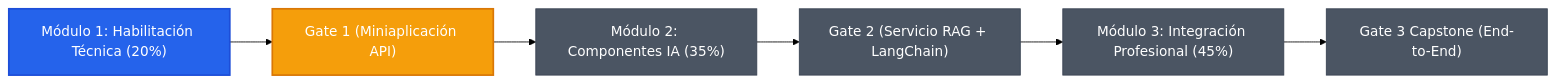
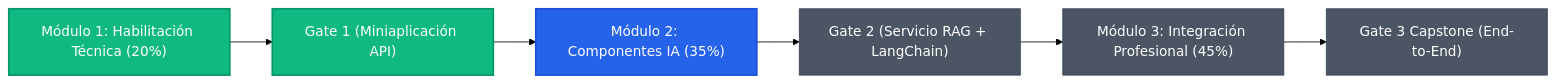
The diagram in BITACORA_DE_AVANCE.md (ayalaphysds/Curso-CCHIA), drawn with Mermaid (forest theme) before and after one commit. The commit also changed other lines of this file and 2 other files, not shown here.

````diff
--- a/BITACORA_DE_AVANCE.md
+++ b/BITACORA_DE_AVANCE.md
@@ -25,15 +25,15 @@
 ```mermaid
 flowchart LR
     A["Módulo 1: Habilitación Técnica (20%)"] --> B["Gate 1 (Miniaplicación API)"]
     B --> C["Módulo 2: Componentes IA (35%)"]
     C --> D["Gate 2 (Servicio RAG + LangChain)"]
     D --> E["Módulo 3: Integración Profesional (45%)"]
     E --> F["Gate 3 Capstone (End-to-End)"]
 
-    style A fill:#2563eb,stroke:#1d4ed8,stroke-width:2px,color:#ffffff
-    style B fill:#f59e0b,stroke:#d97706,stroke-width:2px,color:#ffffff
-    style C fill:#4b5563,stroke:#374151,stroke-width:1px,color:#ffffff
+    style A fill:#10b981,stroke:#059669,stroke-width:2px,color:#ffffff
+    style B fill:#10b981,stroke:#059669,stroke-width:2px,color:#ffffff
+    style C fill:#2563eb,stroke:#1d4ed8,stroke-width:2px,color:#ffffff
     style D fill:#4b5563,stroke:#374151,stroke-width:1px,color:#ffffff
     style E fill:#4b5563,stroke:#374151,stroke-width:1px,color:#ffffff
     style F fill:#4b5563,stroke:#374151,stroke-width:1px,color:#ffffff
 ```
````
